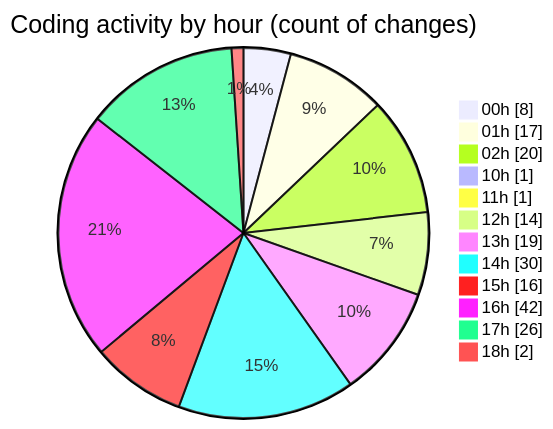
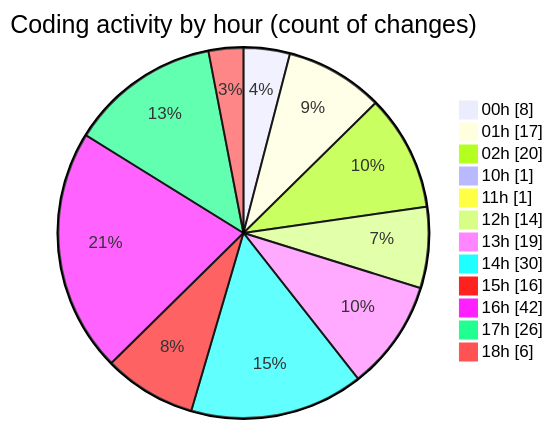
The second of 2 diagrams in 2025-05-02/niten/README.md (Elitesun/code-tracking), drawn with Mermaid before and after one commit. The commit also changed other lines of this file and 1 other file, not shown here.

````diff
--- a/2025-05-02/niten/README.md
+++ b/2025-05-02/niten/README.md
@@ -79,16 +80,16 @@
 ```mermaid
 pie showData
 title Coding activity by hour (count of changes)
 "00h" : 8
 "01h" : 17
 "02h" : 20
 "10h" : 1
 "11h" : 1
 "12h" : 14
 "13h" : 19
 "14h" : 30
 "15h" : 16
 "16h" : 42
 "17h" : 26
-"18h" : 2
+"18h" : 6
 ```
````
